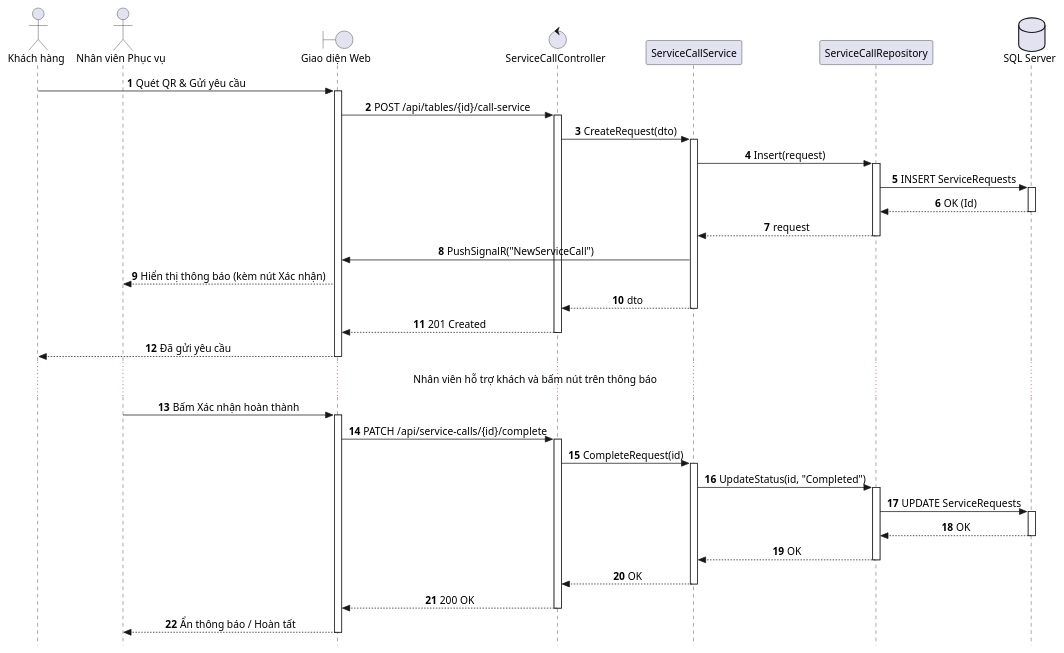
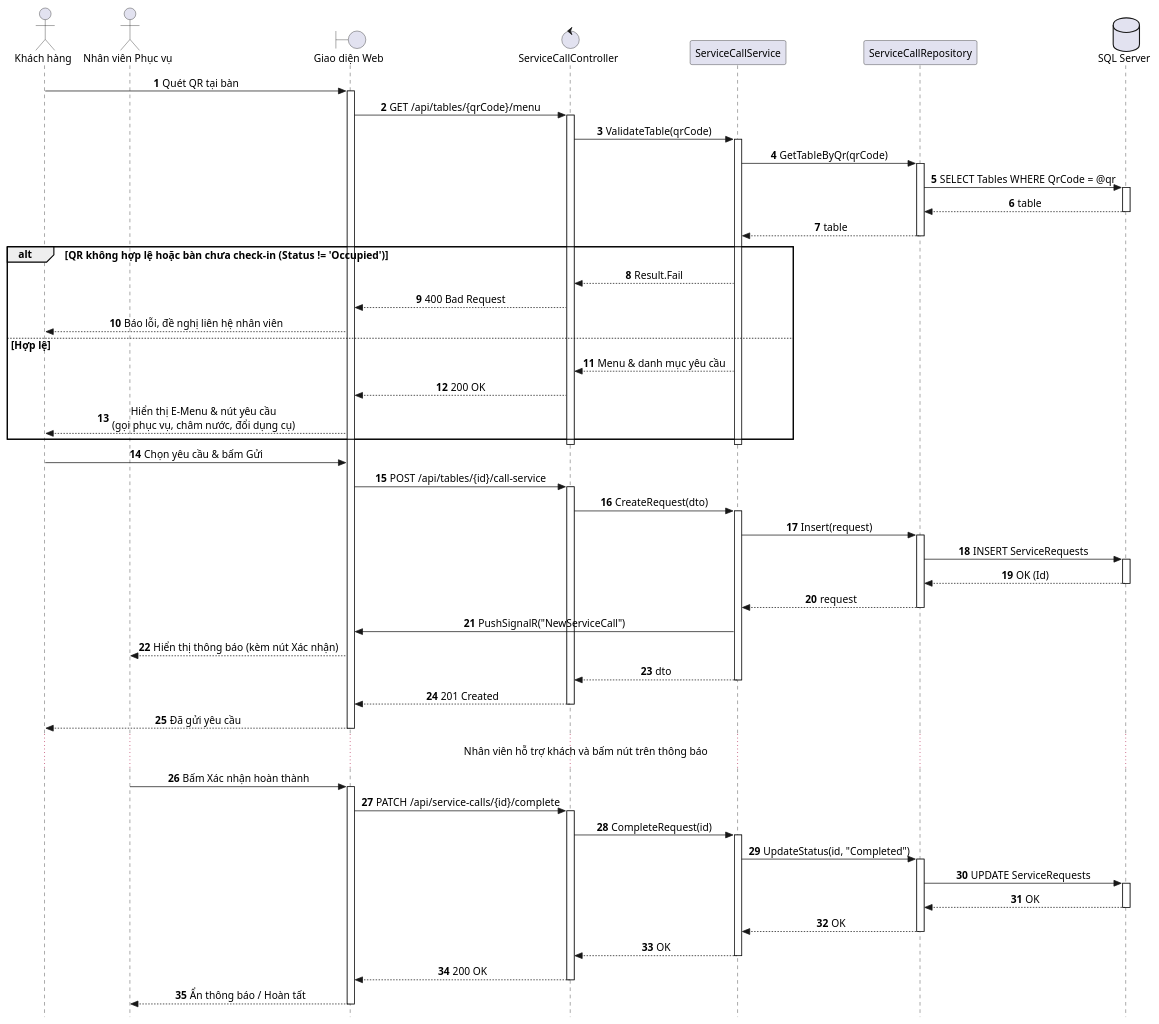
One commit to AndrewQng/VinDining changed the diagram in docs/puml/sequences/SD_UC_U2_Call_Service_QR.puml. Above: the diagram before and after it, drawn with PlantUML. The commit also changed 179 other files, not shown here.

First line of the commit message:
docs: align diagrams with the analysis report

```diff
--- a/docs/puml/sequences/SD_UC_U2_Call_Service_QR.puml
+++ b/docs/puml/sequences/SD_UC_U2_Call_Service_QR.puml
@@ -1,80 +1,106 @@
 @startuml SD_UC_U2_Call_Service_QR
 autonumber
 skinparam style strictuml
 skinparam sequenceMessageAlign center
 skinparam responseMessageBelowArrow true
 skinparam defaultFontName "Segoe UI", Arial, sans-serif
 skinparam defaultFontSize 14
 
 actor "Khách hàng" as Guest
 actor "Nhân viên Phục vụ" as Waitstaff
 boundary "Giao diện Web" as UI
 control "ServiceCallController" as Controller
 participant "ServiceCallService" as Service
 participant "ServiceCallRepository" as Repo
 database "SQL Server" as DB
 
-Guest -> UI: Quét QR & Gửi yêu cầu
+Guest -> UI: Quét QR tại bàn
 activate UI
+UI -> Controller: GET /api/tables/{qrCode}/menu
+activate Controller
+Controller -> Service: ValidateTable(qrCode)
+activate Service
+Service -> Repo: GetTableByQr(qrCode)
+activate Repo
+Repo -> DB: SELECT Tables WHERE QrCode = @qr
+activate DB
+DB --> Repo: table
+deactivate DB
+Repo --> Service: table
+deactivate Repo
+
+alt QR không hợp lệ hoặc bàn chưa check-in (Status != 'Occupied')
+    Service --> Controller: Result.Fail
+    Controller --> UI: 400 Bad Request
+    UI --> Guest: Báo lỗi, đề nghị liên hệ nhân viên
+else Hợp lệ
+    Service --> Controller: Menu & danh mục yêu cầu
+    Controller --> UI: 200 OK
+    UI --> Guest: Hiển thị E-Menu & nút yêu cầu\n(gọi phục vụ, châm nước, đổi dụng cụ)
+end
+deactivate Service
+deactivate Controller
+
+Guest -> UI: Chọn yêu cầu & bấm Gửi
 
 UI -> Controller: POST /api/tables/{id}/call-service
 activate Controller
 
 Controller -> Service: CreateRequest(dto)
 activate Service
 
 Service -> Repo: Insert(request)
 activate Repo
 
 Repo -> DB: INSERT ServiceRequests
 activate DB
 DB --> Repo: OK (Id)
 deactivate DB
 
 Repo --> Service: request
 deactivate Repo
 
 Service -> UI: PushSignalR("NewServiceCall")
 UI --> Waitstaff: Hiển thị thông báo (kèm nút Xác nhận)
 
 Service --> Controller: dto
 deactivate Service
 
 Controller --> UI: 201 Created
 deactivate Controller
 
 UI --> Guest: Đã gửi yêu cầu
 deactivate UI
 
 ... Nhân viên hỗ trợ khách và bấm nút trên thông báo ...
 
 Waitstaff -> UI: Bấm Xác nhận hoàn thành
 activate UI
 
 UI -> Controller: PATCH /api/service-calls/{id}/complete
 activate Controller
 
 Controller -> Service: CompleteRequest(id)
 activate Service
 
 Service -> Repo: UpdateStatus(id, "Completed")
 activate Repo
 
 Repo -> DB: UPDATE ServiceRequests
 activate DB
 DB --> Repo: OK
 deactivate DB
 
 Repo --> Service: OK
 deactivate Repo
 
 Service --> Controller: OK
 deactivate Service
 
 Controller --> UI: 200 OK
 deactivate Controller
 
 UI --> Waitstaff: Ẩn thông báo / Hoàn tất
 deactivate UI
 
 @enduml
```
